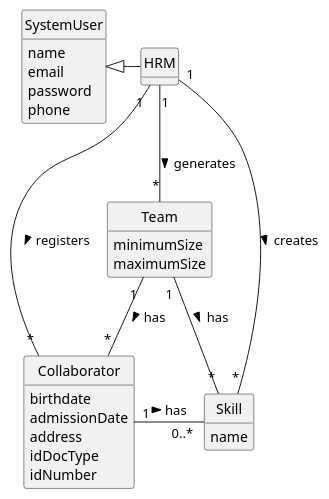
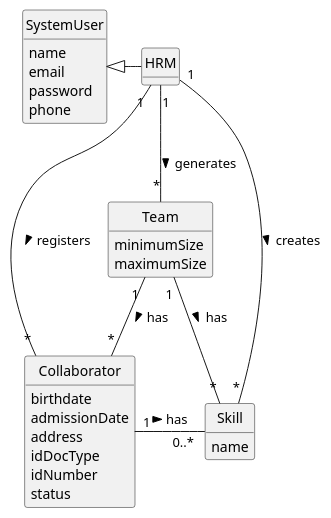
Before and after one commit to Departamento-de-Engenharia-Informatica/lei-24-s2-1do-g164: the diagram in docs/sprintB/us005/02.analysis/puml/us005-domain-model.puml, drawn with PlantUML. The commit also changed 13 other files, not shown here.

Commit message:
us005(docs): changes in sd and class diagram and correction of ssd

```diff
--- a/docs/sprintB/us005/02.analysis/puml/us005-domain-model.puml
+++ b/docs/sprintB/us005/02.analysis/puml/us005-domain-model.puml
@@ -1,52 +1,53 @@
 @startuml
 skinparam monochrome true
 skinparam packageStyle rectangle
 skinparam shadowing false
 
 
 skinparam classAttributeIconSize 0
 
 hide circle
 hide methods
 
 class HRM {
 
 }
 
 class SystemUser {
     name
     email
     password
     phone
 
 }
 
 class Collaborator {
     birthdate
     admissionDate
     address
     idDocType
     idNumber
+    status
 }
 
 
 
 class Team {
 minimumSize
 maximumSize
 
 }
 
 class Skill {
     name
 }
 
 HRM "1 " - "*" Collaborator : registers >
 HRM "1 " -- "*" Team : generates >
 Team "1 " -- "*" Collaborator: has >
 Team "1 " -- "*" Skill : has >
 HRM "1 " -- "*" Skill : creates >
 Collaborator "1 " - "0..* " Skill : has >
 SystemUser <|- HRM
 
 @enduml
```
